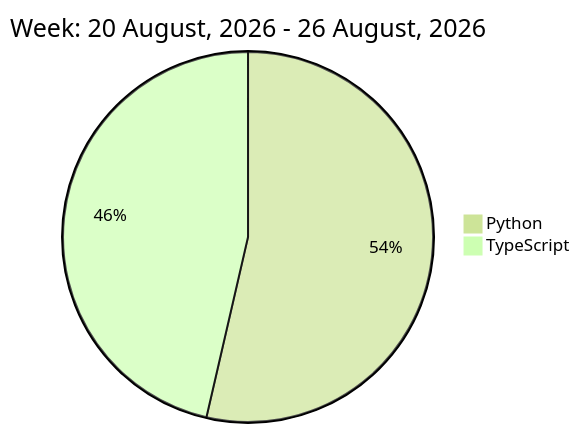
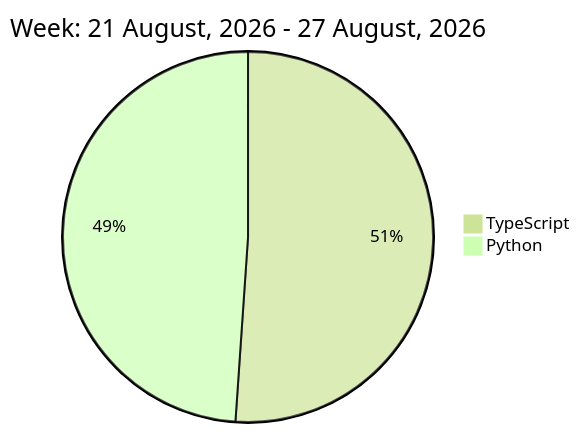
One commit to liubin95/liubin95 changed the diagram in README.md. Above: the diagram before and after it, drawn with Mermaid (forest theme).

Commit message:
Updated the Graph with new Metrics

````diff
--- a/README.md
+++ b/README.md
@@ -32,6 +32,6 @@
 ```mermaid
  pie
-title Week: 20 August, 2026 - 26 August, 2026
- "Python" : 2.45
+title Week: 21 August, 2026 - 27 August, 2026
  "TypeScript" : 2.12
+ "Python" : 2.03
 ```
````
